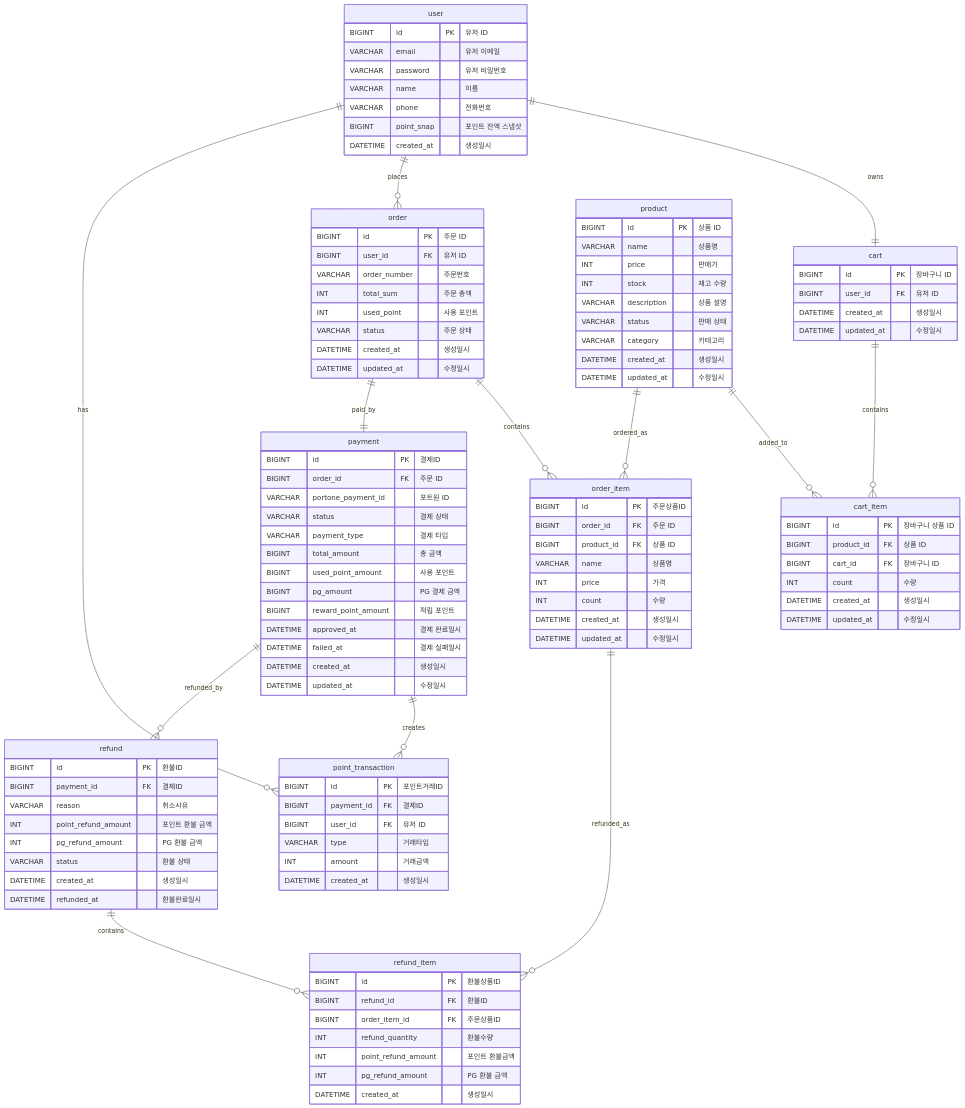
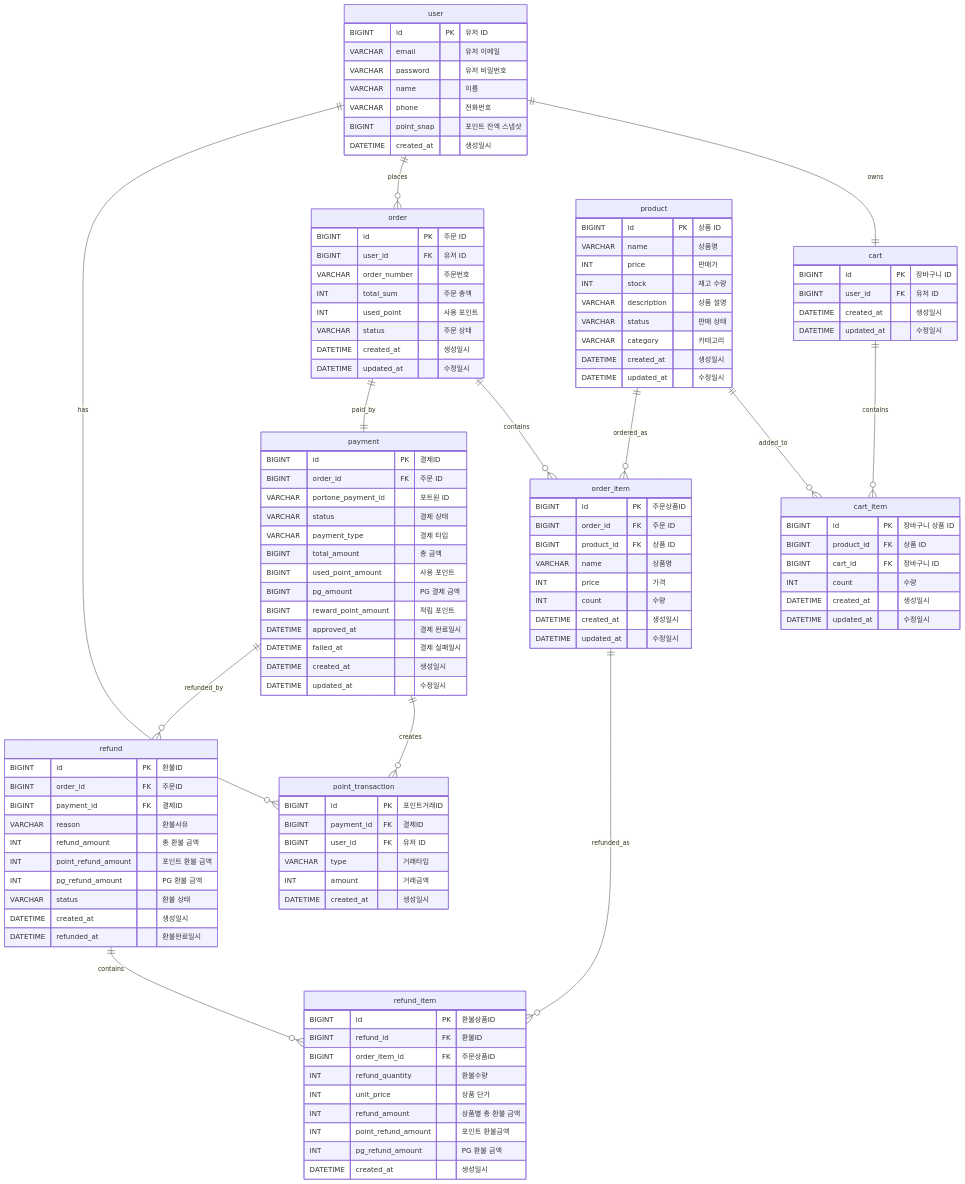
One commit to vanilalatte03/ec2-payment-system changed the diagram in docs/ERD.md. Above: the diagram before and after it, drawn with Mermaid. The commit also changed other lines of this file, not shown here.

Commit message:
docs: 환불&환불상품 ERD 명세 및 관계 요약 수정

```diff
--- a/docs/ERD.md
+++ b/docs/ERD.md
@@ -109,8 +109,10 @@
 
     refund {
         BIGINT id PK "환불ID"
+        BIGINT order_id FK "주문ID"
         BIGINT payment_id FK "결제ID"
-        VARCHAR reason "취소사유"
+        VARCHAR reason "환불사유"
+        INT refund_amount "총 환불 금액"
         INT point_refund_amount "포인트 환불 금액"
         INT pg_refund_amount "PG 환불 금액"
         VARCHAR status "환불 상태"
@@ -123,6 +125,8 @@
         BIGINT refund_id FK "환불ID"
         BIGINT order_item_id FK "주문상품ID"
         INT refund_quantity "환불수량"
+        INT unit_price "상품 단가"
+        INT refund_amount "상품별 총 환불 금액"
         INT point_refund_amount "포인트 환불금액"
         INT pg_refund_amount "PG 환불 금액"
         DATETIME created_at "생성일시"
```
